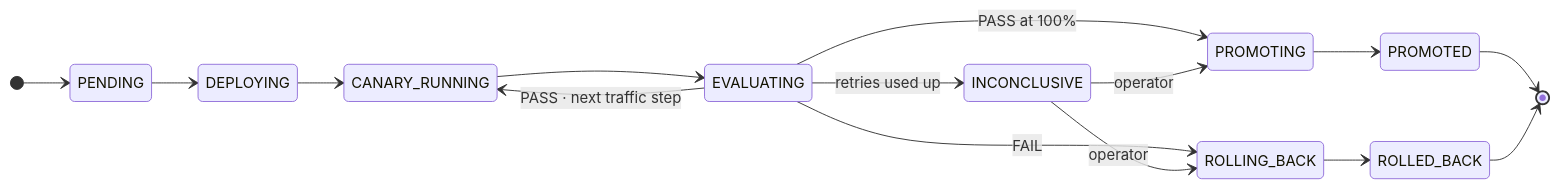
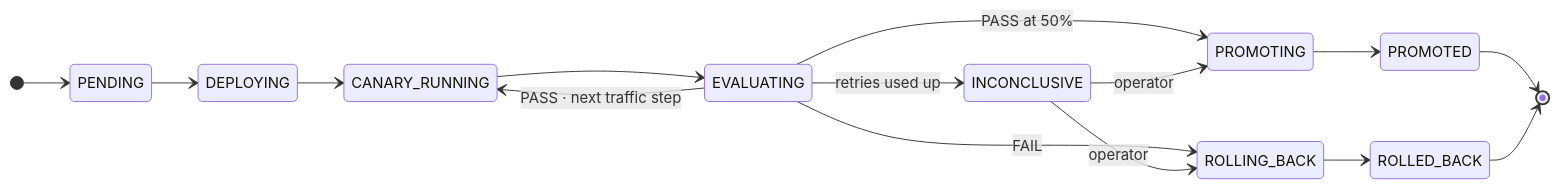
Before and after one commit to negativexq/modelops-control-plane: the second of 2 diagrams in README.md, drawn with Mermaid. The commit also changed other lines of this file and 17 other files, not shown here.

````diff
--- a/README.md
+++ b/README.md
@@ -194,18 +194,18 @@
 ```mermaid
 stateDiagram-v2
     direction LR
     [*] --> PENDING
     PENDING --> DEPLOYING
     DEPLOYING --> CANARY_RUNNING
     CANARY_RUNNING --> EVALUATING
     EVALUATING --> CANARY_RUNNING: PASS · next traffic step
-    EVALUATING --> PROMOTING: PASS at 100%
+    EVALUATING --> PROMOTING: PASS at 50%
     EVALUATING --> ROLLING_BACK: FAIL
     EVALUATING --> INCONCLUSIVE: retries used up
     INCONCLUSIVE --> PROMOTING: operator
     INCONCLUSIVE --> ROLLING_BACK: operator
     PROMOTING --> PROMOTED
     ROLLING_BACK --> ROLLED_BACK
     PROMOTED --> [*]
     ROLLED_BACK --> [*]
 ```
````
